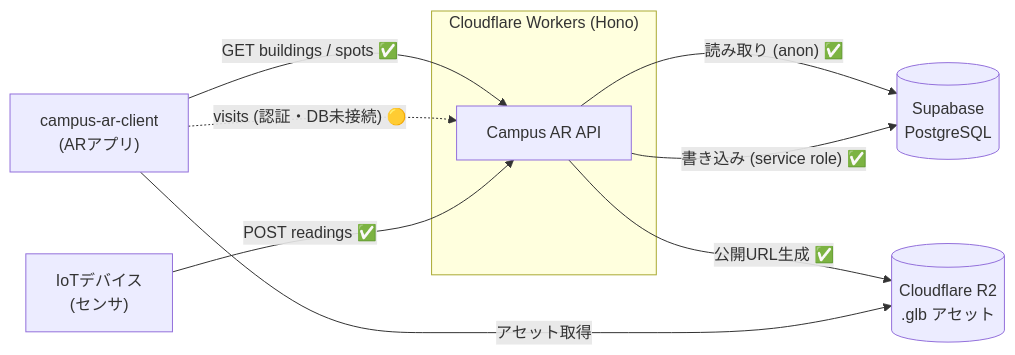
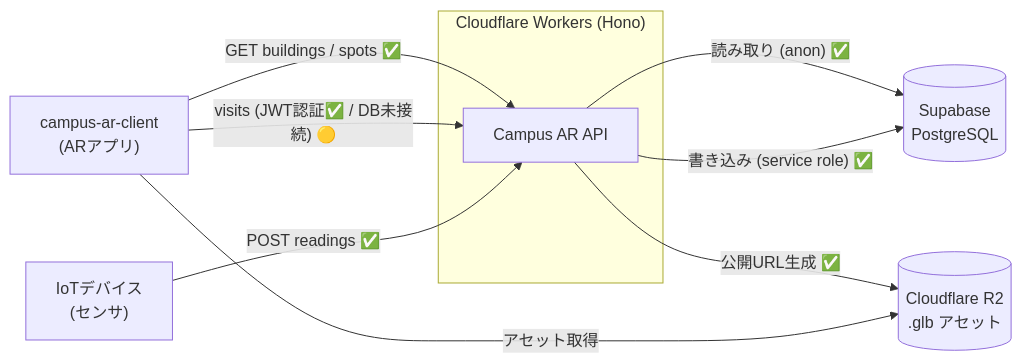
Before and after one commit to 2026ProjectResearchAR/campus-ar-api: the second of 2 diagrams in docs/progress.md, drawn with Mermaid. The commit also changed other lines of this file and 4 other files, not shown here.

````diff
--- a/docs/progress.md
+++ b/docs/progress.md
@@ -75,18 +75,18 @@
 ```mermaid
 flowchart LR
     Client["campus-ar-client<br/>(ARアプリ)"]
     IoT["IoTデバイス<br/>(センサ)"]
     subgraph CF["Cloudflare Workers (Hono)"]
         API["Campus AR API"]
     end
     Supabase[("Supabase<br/>PostgreSQL")]
     R2[("Cloudflare R2<br/>.glb アセット")]
 
     Client -->|"GET buildings / spots ✅"| API
-    Client -.->|"visits (認証・DB未接続) 🟡"| API
+    Client -->|"visits (JWT認証✅ / DB未接続) 🟡"| API
     IoT -->|"POST readings ✅"| API
     API -->|"読み取り (anon) ✅"| Supabase
     API -->|"書き込み (service role) ✅"| Supabase
     API -->|"公開URL生成 ✅"| R2
     Client -->|"アセット取得"| R2
 ```
````
